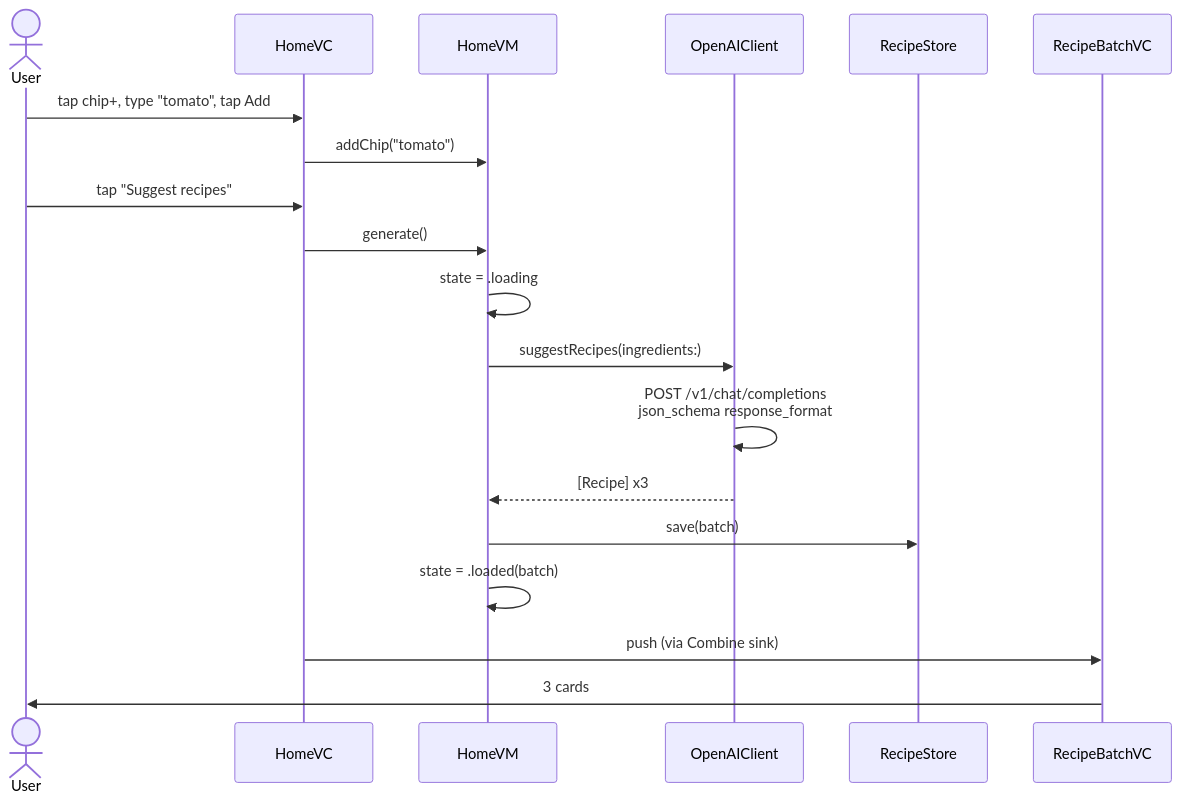
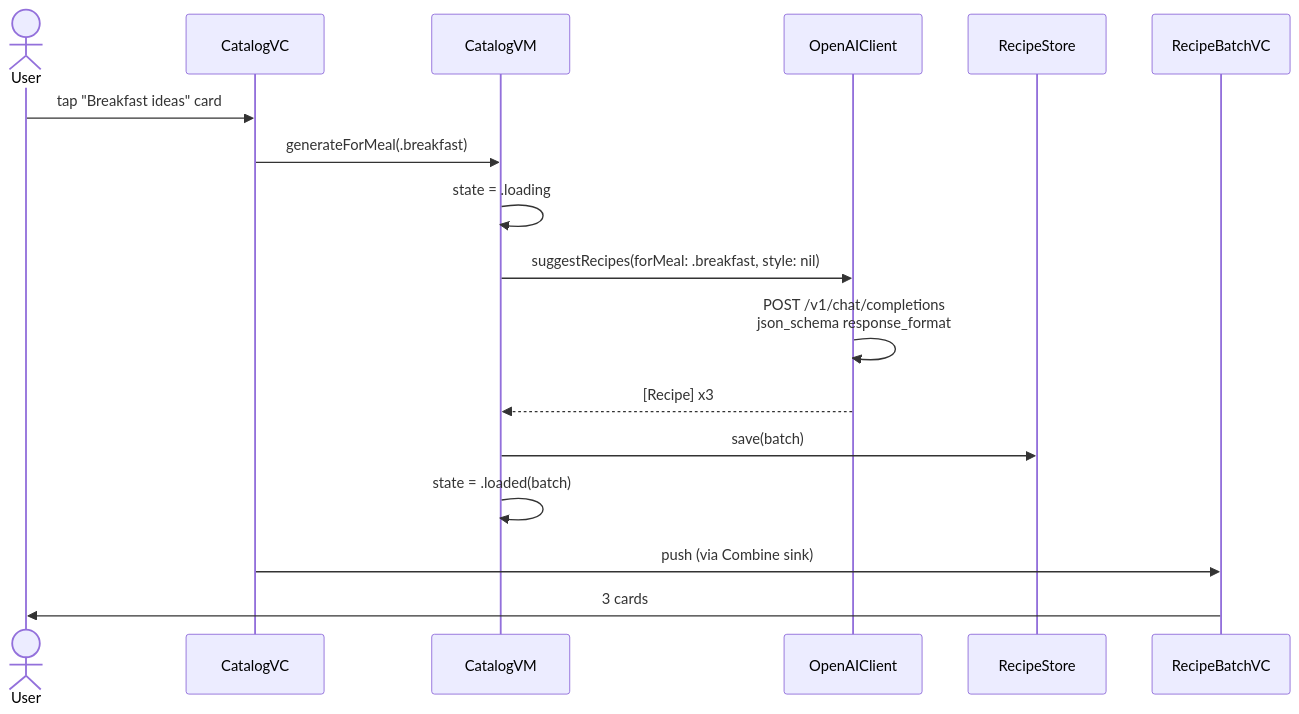
The second of 2 diagrams in README.md (ZeekrBaha/fridgechef-ios), drawn with Mermaid before and after one commit. The commit also changed other lines of this file and 2 other files, not shown here.

First line of the commit message:
docs: refresh README + screenshots for catalog redesign

````diff
--- a/README.md
+++ b/README.md
@@ -96,22 +109,20 @@
 ```mermaid
 sequenceDiagram
     actor User
-    participant HomeVC
-    participant HomeVM
+    participant CatalogVC
+    participant CatalogVM
     participant OpenAIClient
     participant RecipeStore
     participant RecipeBatchVC
 
-    User->>HomeVC: tap chip+, type "tomato", tap Add
-    HomeVC->>HomeVM: addChip("tomato")
-    User->>HomeVC: tap "Suggest recipes"
-    HomeVC->>HomeVM: generate()
-    HomeVM->>HomeVM: state = .loading
-    HomeVM->>OpenAIClient: suggestRecipes(ingredients:)
+    User->>CatalogVC: tap "Breakfast ideas" card
+    CatalogVC->>CatalogVM: generateForMeal(.breakfast)
+    CatalogVM->>CatalogVM: state = .loading
+    CatalogVM->>OpenAIClient: suggestRecipes(forMeal: .breakfast, style: nil)
     OpenAIClient->>OpenAIClient: POST /v1/chat/completions<br/>json_schema response_format
-    OpenAIClient-->>HomeVM: [Recipe] x3
-    HomeVM->>RecipeStore: save(batch)
-    HomeVM->>HomeVM: state = .loaded(batch)
-    HomeVC->>RecipeBatchVC: push (via Combine sink)
+    OpenAIClient-->>CatalogVM: [Recipe] x3
+    CatalogVM->>RecipeStore: save(batch)
+    CatalogVM->>CatalogVM: state = .loaded(batch)
+    CatalogVC->>RecipeBatchVC: push (via Combine sink)
     RecipeBatchVC->>User: 3 cards
 ```
````
